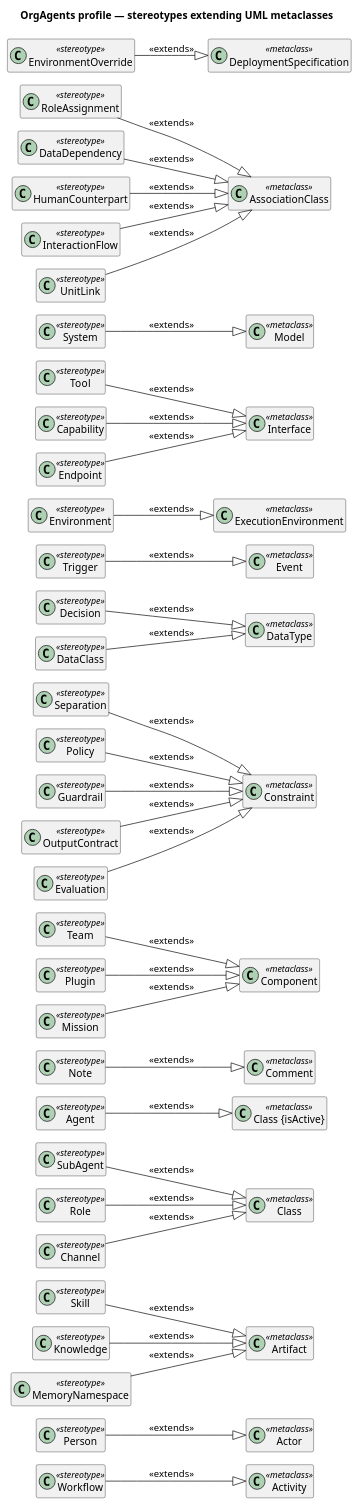
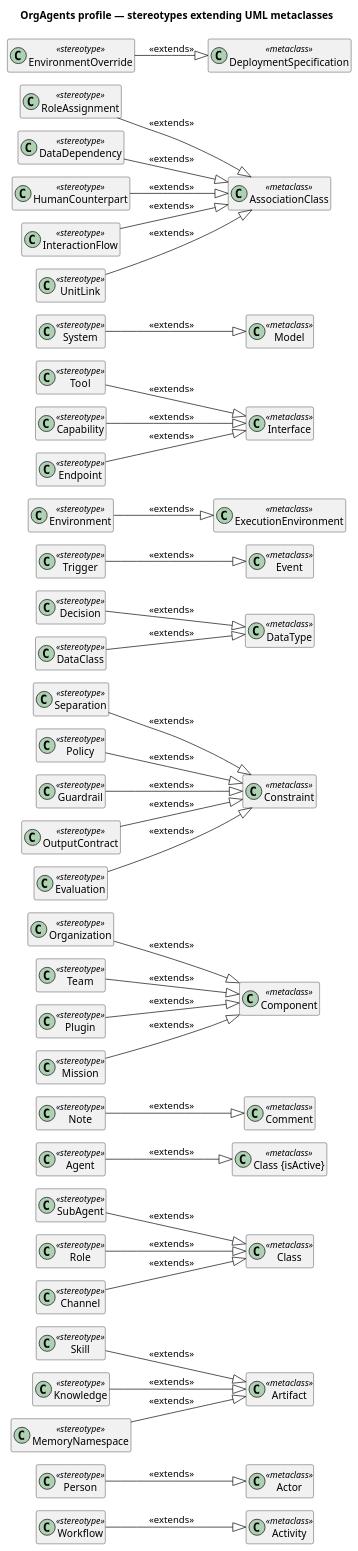
One commit to zoetsekas/agentic-organization changed the diagram in docs/metamodel/orgagents-profile.puml. Above: the diagram before and after it, drawn with PlantUML. The commit also changed 8 other files, not shown here.

```diff
--- a/docs/metamodel/orgagents-profile.puml
+++ b/docs/metamodel/orgagents-profile.puml
@@ -1,86 +1,88 @@
 @startuml OrgAgentsProfile
 !pragma layout smetana
 hide empty members
 left to right direction
 title OrgAgents profile — stereotypes extending UML metaclasses
 
 class "Activity" as MC_ACTIVITY <<metaclass>>
 class "Actor" as MC_ACTOR <<metaclass>>
 class "Artifact" as MC_ARTIFACT <<metaclass>>
 class "Class" as MC_CLASS <<metaclass>>
 class "Class {isActive}" as MC_ACTIVE_CLASS <<metaclass>>
 class "Comment" as MC_COMMENT <<metaclass>>
 class "Component" as MC_COMPONENT <<metaclass>>
 class "Constraint" as MC_CONSTRAINT <<metaclass>>
 class "DataType" as MC_DATA_TYPE <<metaclass>>
 class "Event" as MC_EVENT <<metaclass>>
 class "ExecutionEnvironment" as MC_EXECUTION_ENVIRONMENT <<metaclass>>
 class "Interface" as MC_INTERFACE <<metaclass>>
 class "Model" as MC_MODEL <<metaclass>>
 class "AssociationClass" as MC_ASSOCIATION_CLASS <<metaclass>>
 class "DeploymentSpecification" as MC_DEPLOYMENT_SPECIFICATION <<metaclass>>
+class "Organization" as ST_organization <<stereotype>>
+ST_organization --|> MC_COMPONENT : <<extends>>
 class "Team" as ST_team <<stereotype>>
 ST_team --|> MC_COMPONENT : <<extends>>
 class "Agent" as ST_agent <<stereotype>>
 ST_agent --|> MC_ACTIVE_CLASS : <<extends>>
 class "SubAgent" as ST_subagent <<stereotype>>
 ST_subagent --|> MC_CLASS : <<extends>>
 class "Skill" as ST_skill <<stereotype>>
 ST_skill --|> MC_ARTIFACT : <<extends>>
 class "Plugin" as ST_plugin <<stereotype>>
 ST_plugin --|> MC_COMPONENT : <<extends>>
 class "Tool" as ST_tool <<stereotype>>
 ST_tool --|> MC_INTERFACE : <<extends>>
 class "Person" as ST_person <<stereotype>>
 ST_person --|> MC_ACTOR : <<extends>>
 class "Role" as ST_role <<stereotype>>
 ST_role --|> MC_CLASS : <<extends>>
 class "Decision" as ST_decision <<stereotype>>
 ST_decision --|> MC_DATA_TYPE : <<extends>>
 class "Separation" as ST_separation <<stereotype>>
 ST_separation --|> MC_CONSTRAINT : <<extends>>
 class "Policy" as ST_policy <<stereotype>>
 ST_policy --|> MC_CONSTRAINT : <<extends>>
 class "Capability" as ST_capability <<stereotype>>
 ST_capability --|> MC_INTERFACE : <<extends>>
 class "DataClass" as ST_data_class <<stereotype>>
 ST_data_class --|> MC_DATA_TYPE : <<extends>>
 class "Environment" as ST_environment <<stereotype>>
 ST_environment --|> MC_EXECUTION_ENVIRONMENT : <<extends>>
 class "Endpoint" as ST_endpoint <<stereotype>>
 ST_endpoint --|> MC_INTERFACE : <<extends>>
 class "Mission" as ST_mission <<stereotype>>
 ST_mission --|> MC_COMPONENT : <<extends>>
 class "Workflow" as ST_workflow <<stereotype>>
 ST_workflow --|> MC_ACTIVITY : <<extends>>
 class "Trigger" as ST_trigger <<stereotype>>
 ST_trigger --|> MC_EVENT : <<extends>>
 class "Channel" as ST_channel <<stereotype>>
 ST_channel --|> MC_CLASS : <<extends>>
 class "Knowledge" as ST_knowledge <<stereotype>>
 ST_knowledge --|> MC_ARTIFACT : <<extends>>
 class "MemoryNamespace" as ST_memory_namespace <<stereotype>>
 ST_memory_namespace --|> MC_ARTIFACT : <<extends>>
 class "Guardrail" as ST_guardrail <<stereotype>>
 ST_guardrail --|> MC_CONSTRAINT : <<extends>>
 class "OutputContract" as ST_output_contract <<stereotype>>
 ST_output_contract --|> MC_CONSTRAINT : <<extends>>
 class "Evaluation" as ST_evaluation <<stereotype>>
 ST_evaluation --|> MC_CONSTRAINT : <<extends>>
 class "Note" as ST_note <<stereotype>>
 ST_note --|> MC_COMMENT : <<extends>>
 class "System" as ST_system <<stereotype>>
 ST_system --|> MC_MODEL : <<extends>>
 class "EnvironmentOverride" as ST_EnvironmentOverride <<stereotype>>
 ST_EnvironmentOverride --|> MC_DEPLOYMENT_SPECIFICATION : <<extends>>
 class "RoleAssignment" as ST_RoleAssignment <<stereotype>>
 ST_RoleAssignment --|> MC_ASSOCIATION_CLASS : <<extends>>
 class "DataDependency" as ST_DataDependency <<stereotype>>
 ST_DataDependency --|> MC_ASSOCIATION_CLASS : <<extends>>
 class "HumanCounterpart" as ST_HumanCounterpart <<stereotype>>
 ST_HumanCounterpart --|> MC_ASSOCIATION_CLASS : <<extends>>
 class "InteractionFlow" as ST_InteractionFlow <<stereotype>>
 ST_InteractionFlow --|> MC_ASSOCIATION_CLASS : <<extends>>
 class "UnitLink" as ST_UnitLink <<stereotype>>
 ST_UnitLink --|> MC_ASSOCIATION_CLASS : <<extends>>
 @enduml
```
